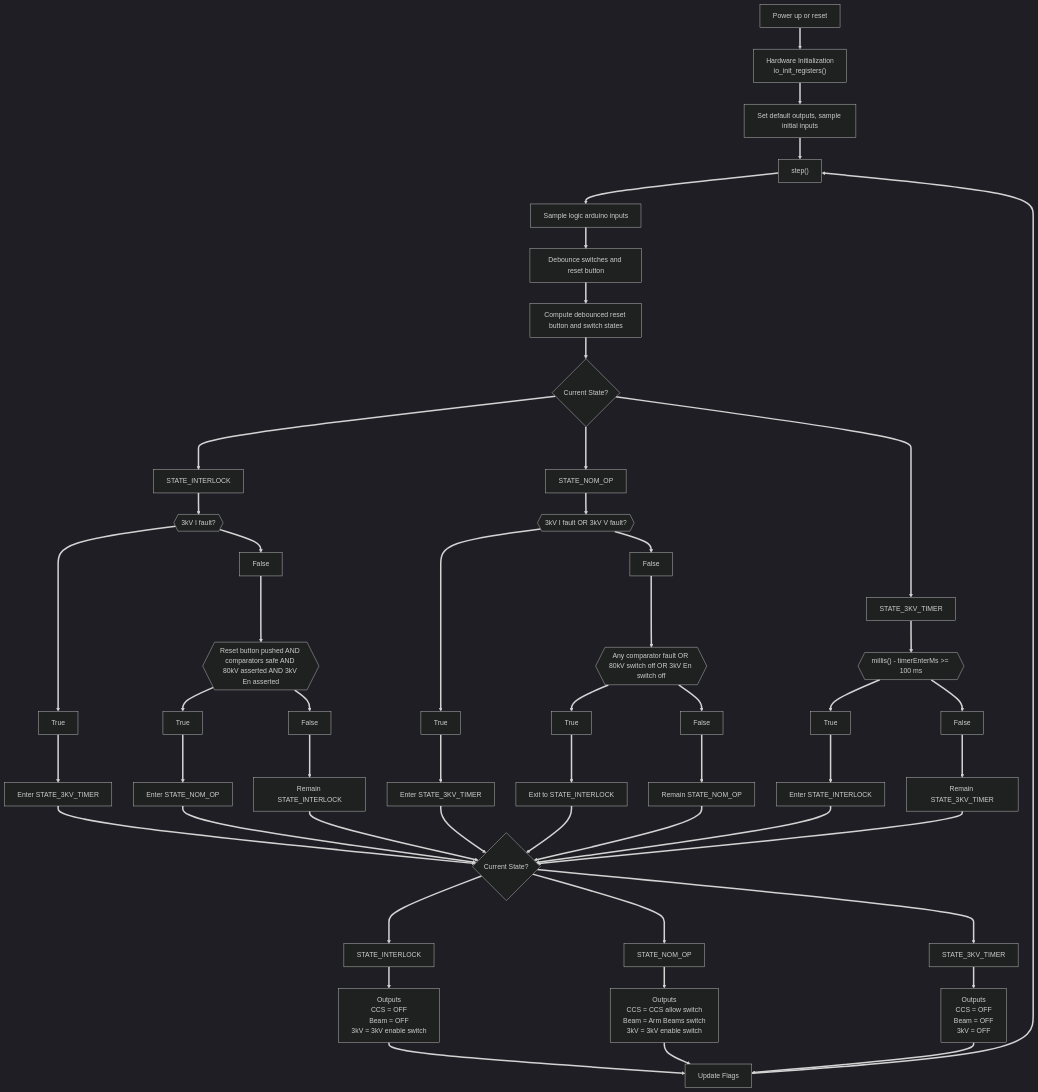
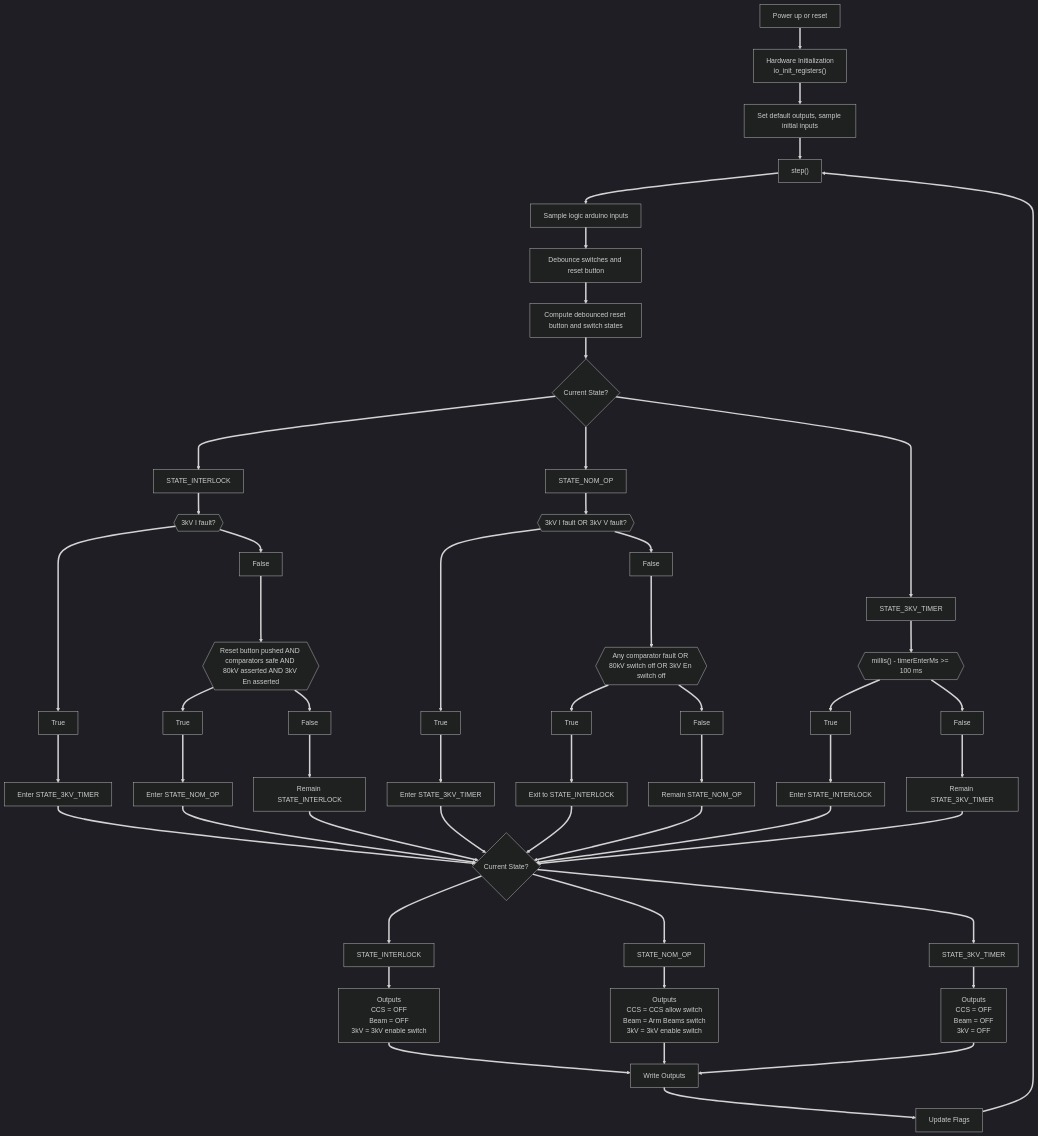
One commit to uw-loci/knob-box changed the diagram in logic_arduino_mermaid.md. Above: the diagram before and after it, drawn with Mermaid (dark theme).

````diff
--- a/logic_arduino_mermaid.md
+++ b/logic_arduino_mermaid.md
@@ -1,74 +1,76 @@
 ```mermaid
 flowchart TD
     START[Power up or reset]
     START ==> INIT["Hardware Initialization\nio_init_registers()"]
     INIT ==> DEFAULT["Set default outputs, sample initial inputs"]
     DEFAULT ==> LOOP["step()"]
 
     LOOP ==> SAMPLE[Sample logic arduino inputs]
 
     SAMPLE ==> DEBOUNCE[Debounce switches and reset button]
 
     DEBOUNCE ==> SWITCHES[Compute debounced reset button and switch states]
 
     SWITCHES ==> STATE{Current State?}
 
     STATE ===> INTERLOCK[STATE_INTERLOCK]
     INTERLOCK ==> I_3KVI{{3kV I fault?}}
     I_3KVI ==> I_3KVI_T[True]
     I_3KVI ==> I_3KVI_F[False]
     I_3KVI_T ===> I_TO_TIMER[Enter STATE_3KV_TIMER]
     I_3KVI_F ===> I_NOMOP_COND{{Reset button pushed AND comparators safe AND 80kV asserted AND 3kV En asserted}}
 
     I_NOMOP_COND ==> I_NOMOP_T[True]
     I_NOMOP_COND ==> I_NOMOP_F[False]
     I_NOMOP_T ===> I_TO_NOMOP[Enter STATE_NOM_OP]
     I_NOMOP_F ===> I_STAY_I[Remain STATE_INTERLOCK]
 
     I_TO_TIMER ==> OUT_STATE
     I_TO_NOMOP ==> OUT_STATE
     I_STAY_I ==> OUT_STATE
 
     STATE ===> NOMOP[STATE_NOM_OP]
     NOMOP ==> N_3KVFAULT{{3kV I fault OR 3kV V fault?}}
     N_3KVFAULT ==> N_3KV_T[True]
     N_3KVFAULT ==> N_3KV_F[False]
     N_3KV_T ===> N_TO_TIMER[Enter STATE_3KV_TIMER]
     N_3KV_F ===> N_OTHERFAULT{{Any comparator fault OR 80kV switch off OR 3kV En switch off}}
 
     N_OTHERFAULT ==> N_OTHER_T[True]
     N_OTHERFAULT ==> N_OTHER_F[False]
     N_OTHER_T ===> N_TO_INTERLOCK[Exit to STATE_INTERLOCK]
     N_OTHER_F ===> N_STAY_N[Remain STATE_NOM_OP]
 
     N_TO_TIMER ==> OUT_STATE
     N_TO_INTERLOCK ==> OUT_STATE
     N_STAY_N ==> OUT_STATE
 
     STATE ===> TIMER[STATE_3KV_TIMER]
     TIMER ==> T_EXPIRE{{"millis() - timerEnterMs >= 100 ms"}}
     T_EXPIRE ==> T_EXP_T[True]
     T_EXPIRE ==> T_EXP_F[False]
     T_EXP_T ===> T_TO_INTERLOCK[Enter STATE_INTERLOCK]
     T_EXP_F ===> T_STAY_T[Remain STATE_3KV_TIMER]
 
     T_TO_INTERLOCK ==> OUT_STATE
     T_STAY_T ==> OUT_STATE
 
     OUT_STATE{Current State?}
 
     OUT_STATE ===> OUT_INTERLOCK_STATE[STATE_INTERLOCK]
     OUT_STATE ===> OUT_NOMOP_STATE[STATE_NOM_OP]
     OUT_STATE ===> OUT_TIMER_STATE[STATE_3KV_TIMER]
 
     OUT_INTERLOCK_STATE ==> OUT_INTERLOCK[Outputs\nCCS = OFF\nBeam = OFF\n3kV = 3kV enable switch]
     OUT_NOMOP_STATE ==> OUT_NOMOP[Outputs\nCCS = CCS allow switch\nBeam = Arm Beams switch\n3kV = 3kV enable switch]
     OUT_TIMER_STATE ==> OUT_TIMER[Outputs\nCCS = OFF\nBeam = OFF\n3kV = OFF]
 
-    OUT_INTERLOCK ==> FLAGS[Update Flags]
-    OUT_NOMOP ==> FLAGS
-    OUT_TIMER ==> FLAGS
+    OUT_INTERLOCK ==> WRITE_OUTPUTS[Write Outputs]
+    OUT_NOMOP ==> WRITE_OUTPUTS
+    OUT_TIMER ==> WRITE_OUTPUTS
 
+    WRITE_OUTPUTS ==> FLAGS[Update Flags]
+    
     FLAGS ==> LOOP
 
 ```
````
